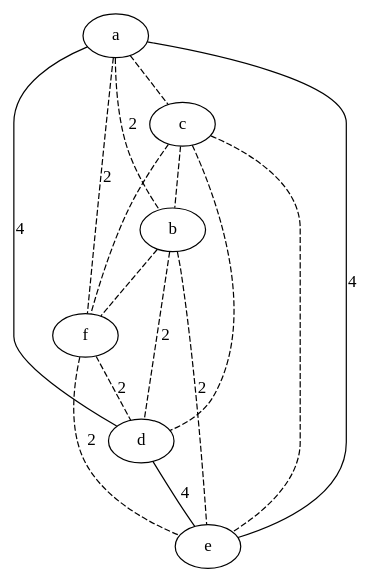
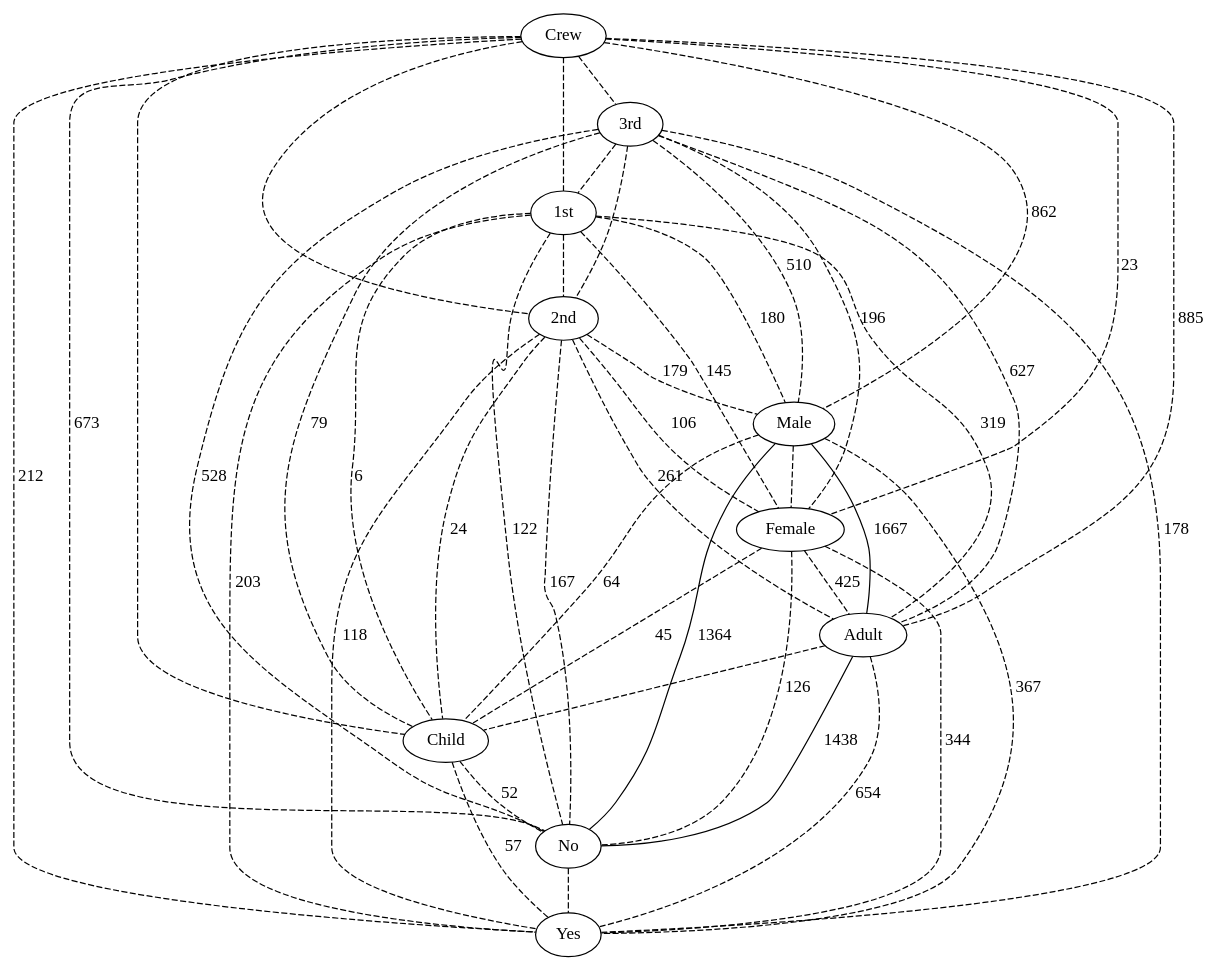
One commit to lrodrin/TFG changed the diagram in src/final/plainGraph_with_threshold.dot. Above: the diagram before and after it, drawn with Graphviz. The commit also changed 10 other files, not shown here.

```diff
--- a/src/final/plainGraph_with_threshold.dot
+++ b/src/final/plainGraph_with_threshold.dot
@@ -1,23 +1,57 @@
 strict graph "" {
-a;
-c;
-b;
-f;
-d;
-e;
-a -- c  [color=black, style=dashed];
-a -- b  [color=black, label=2, style=dashed];
-a -- f  [color=black, label=2, style=dashed];
-a -- d  [color=black, label=4, style=solid];
-a -- e  [color=black, label=4, style=solid];
-c -- b  [color=black, style=dashed];
-c -- f  [color=black, style=dashed];
-c -- d  [color=black, style=dashed];
-c -- e  [color=black, style=dashed];
-b -- f  [color=black, style=dashed];
-b -- d  [color=black, label=2, style=dashed];
-b -- e  [color=black, label=2, style=dashed];
-f -- d  [color=black, label=2, style=dashed];
-f -- e  [color=black, label=2, style=dashed];
-d -- e  [color=black, label=4, style=solid];
+Crew;
+"3rd";
+"1st";
+"2nd";
+Male;
+Female;
+Adult;
+Child;
+No;
+Yes;
+Crew -- "3rd"  [color=black, style=dashed];
+Crew -- "1st"  [color=black, style=dashed];
+Crew -- "2nd"  [color=black, style=dashed];
+Crew -- Male  [color=black, label=862, style=dashed];
+Crew -- Female  [color=black, label=23, style=dashed];
+Crew -- Adult  [color=black, label=885, style=dashed];
+Crew -- Child  [color=black, style=dashed];
+Crew -- No  [color=black, label=673, style=dashed];
+Crew -- Yes  [color=black, label=212, style=dashed];
+"3rd" -- "1st"  [color=black, style=dashed];
+"3rd" -- "2nd"  [color=black, style=dashed];
+"3rd" -- Male  [color=black, label=510, style=dashed];
+"3rd" -- Female  [color=black, label=196, style=dashed];
+"3rd" -- Adult  [color=black, label=627, style=dashed];
+"3rd" -- Child  [color=black, label=79, style=dashed];
+"3rd" -- No  [color=black, label=528, style=dashed];
+"3rd" -- Yes  [color=black, label=178, style=dashed];
+"1st" -- "2nd"  [color=black, style=dashed];
+"1st" -- Male  [color=black, label=180, style=dashed];
+"1st" -- Female  [color=black, label=145, style=dashed];
+"1st" -- Adult  [color=black, label=319, style=dashed];
+"1st" -- Child  [color=black, label=6, style=dashed];
+"1st" -- No  [color=black, label=122, style=dashed];
+"1st" -- Yes  [color=black, label=203, style=dashed];
+"2nd" -- Male  [color=black, label=179, style=dashed];
+"2nd" -- Female  [color=black, label=106, style=dashed];
+"2nd" -- Adult  [color=black, label=261, style=dashed];
+"2nd" -- Child  [color=black, label=24, style=dashed];
+"2nd" -- No  [color=black, label=167, style=dashed];
+"2nd" -- Yes  [color=black, label=118, style=dashed];
+Male -- Female  [color=black, style=dashed];
+Male -- Adult  [color=black, label=1667, style=solid];
+Male -- Child  [color=black, label=64, style=dashed];
+Male -- No  [color=black, label=1364, style=solid];
+Male -- Yes  [color=black, label=367, style=dashed];
+Female -- Adult  [color=black, label=425, style=dashed];
+Female -- Child  [color=black, label=45, style=dashed];
+Female -- No  [color=black, label=126, style=dashed];
+Female -- Yes  [color=black, label=344, style=dashed];
+Adult -- Child  [color=black, style=dashed];
+Adult -- No  [color=black, label=1438, style=solid];
+Adult -- Yes  [color=black, label=654, style=dashed];
+Child -- No  [color=black, label=52, style=dashed];
+Child -- Yes  [color=black, label=57, style=dashed];
+No -- Yes  [color=black, style=dashed];
 }
```
